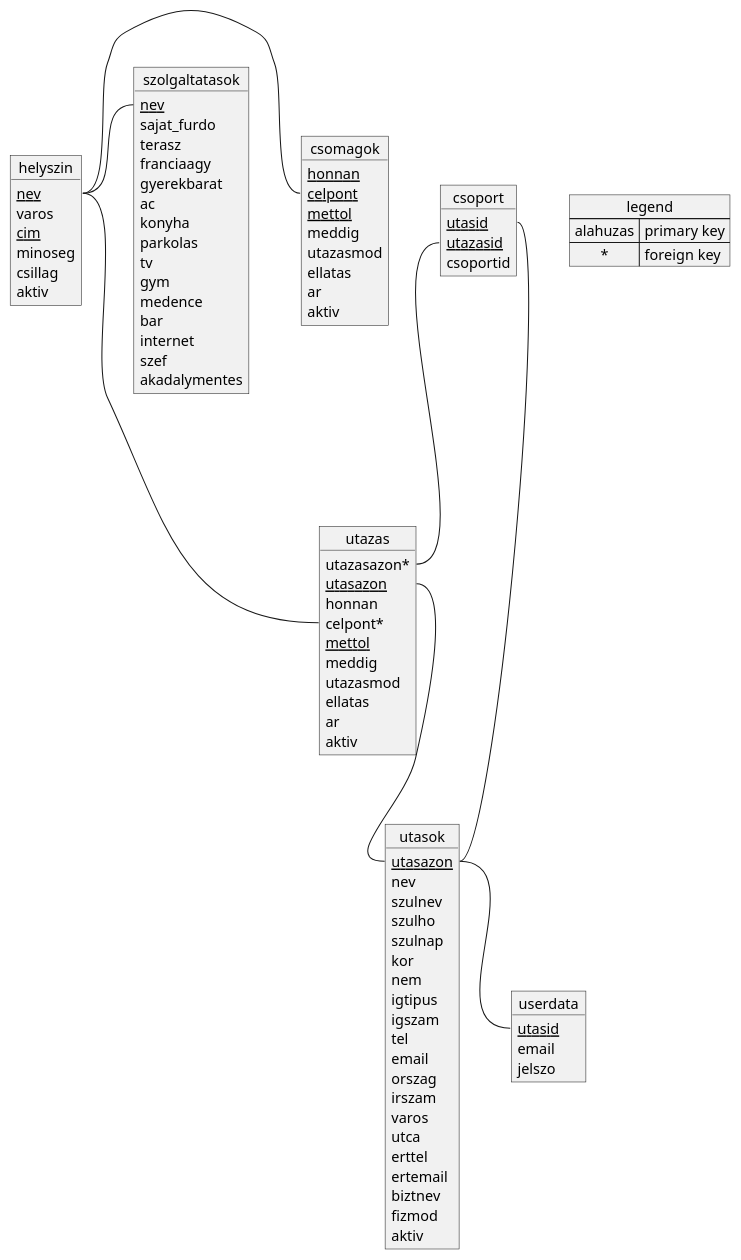
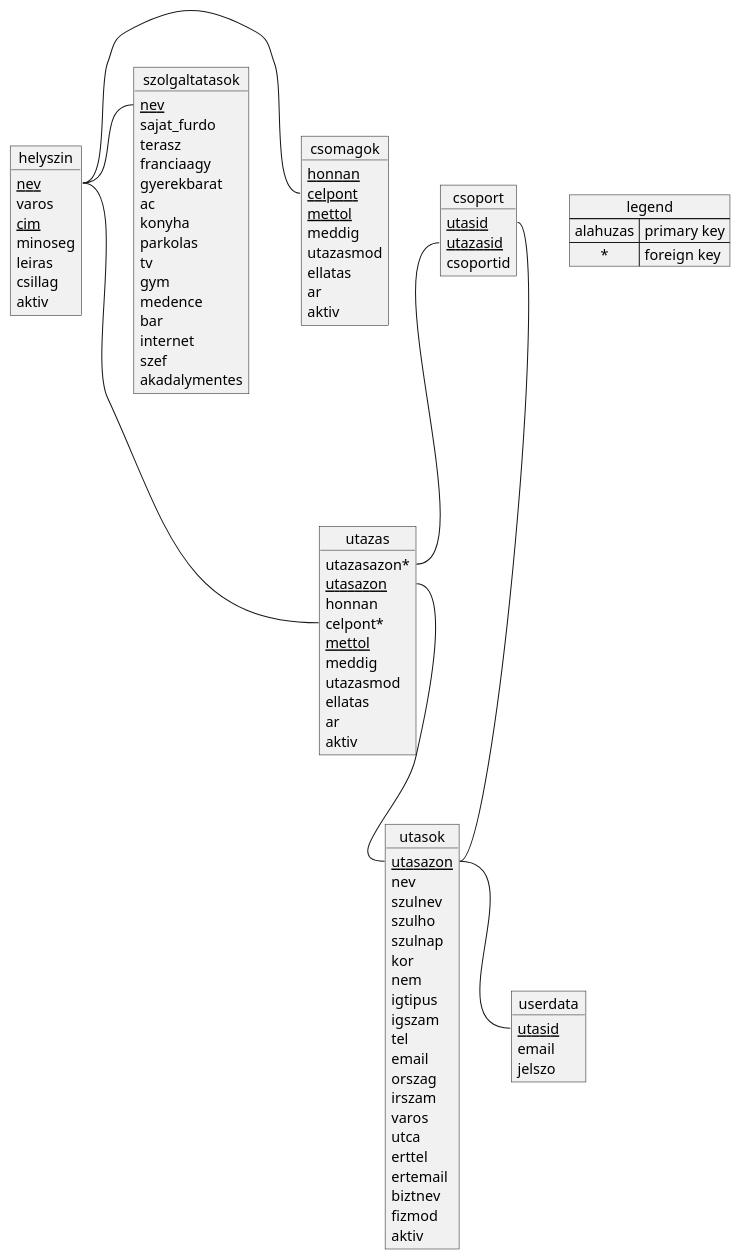
The diagram in dokumentáció/database/database.puml (PeacefulAvocado/JourneyMasters), drawn with PlantUML before and after one commit. The commit also changed 61 other files, not shown here.

```diff
--- a/dokumentáció/database/database.puml
+++ b/dokumentáció/database/database.puml
@@ -1,107 +1,108 @@
 @startuml Database-structure
 
 
 
 object utasok{
    <u>utasazon
     nev
     szulnev
     szulho
     szulnap
     kor
     nem
     igtipus
     igszam
     tel
     email
     orszag
     irszam
     varos
     utca
     erttel
     ertemail
     biztnev
     fizmod
     aktiv
 }
 
 object utazas{
     utazasazon*
     <u>utasazon
     honnan
     celpont*
     <u>mettol
     meddig
     utazasmod
     ellatas
     ar
     aktiv
 
 }
 
 object userdata {
     <u>utasid
     email
     jelszo
 }
 
 object csoport{
     <u>utasid
     <u>utazasid
     csoportid
 }
 
 object helyszin {
     <u>nev
     varos
     <u>cim
     minoseg
+    leiras
     csillag
     aktiv
 }
 
 object csomagok {
     <u>honnan
     <u>celpont
     <u>mettol
     meddig
     utazasmod
     ellatas
     ar
     aktiv
 }
 
 object szolgaltatasok {
     <u>nev
     sajat_furdo
     terasz
     franciaagy
     gyerekbarat
     ac
     konyha
     parkolas
     tv
     gym
     medence
     bar
     internet
     szef
     akadalymentes
 }
 
 
 utasok::utasazon -up- utazas::utasazon
 utasok::utasazon -right- userdata::utasid
 csoport::utasid -right- utasok::utasazon
 csoport::utazasid --- utazas::utazasazon
 helyszin::nev --- utazas::celpont
 csomagok::celpont -left- helyszin::nev
 szolgaltatasok::nev -left- helyszin::nev
 
 map legend {
     alahuzas => primary key
     * => foreign key
      
 }
 
 @enduml
```
